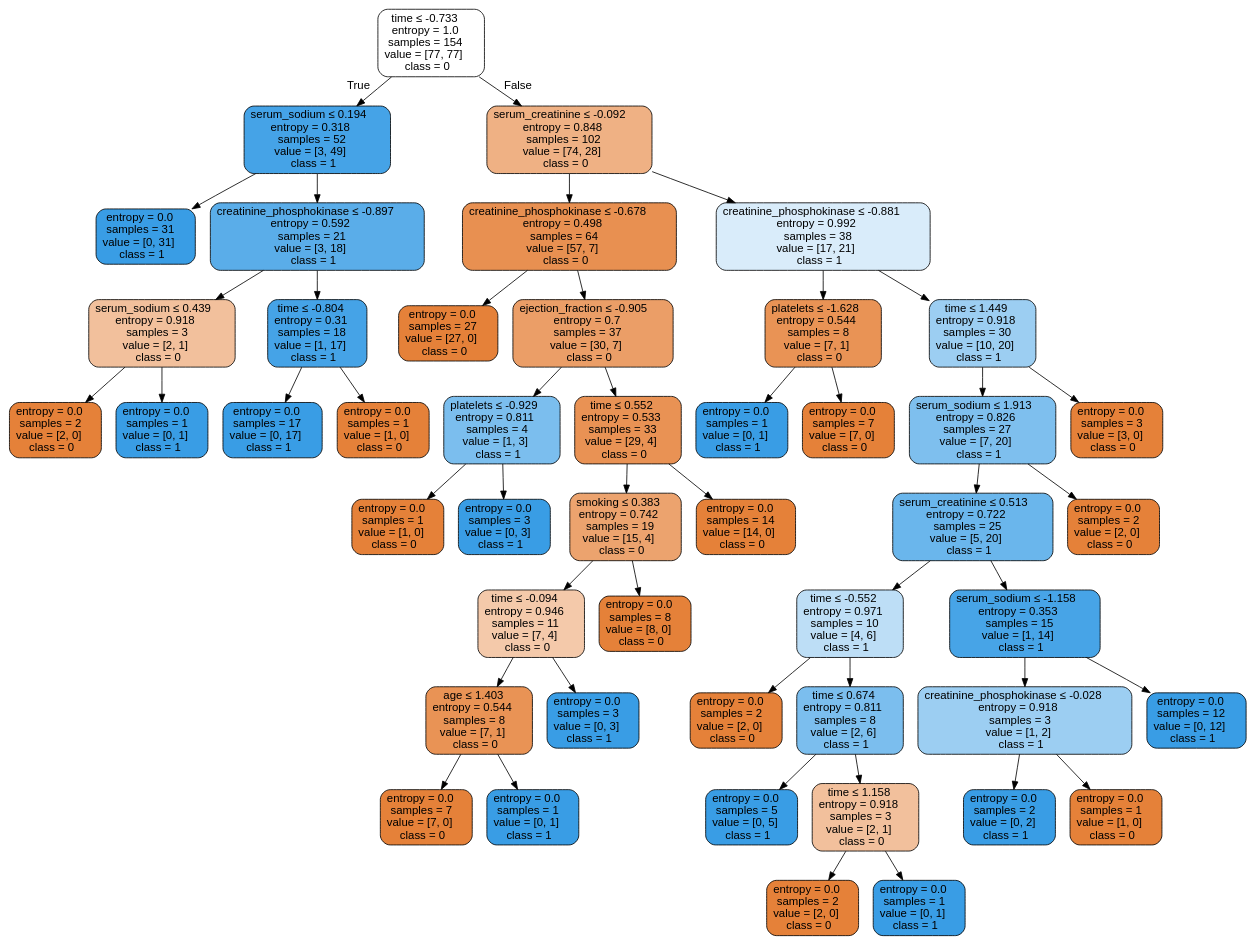
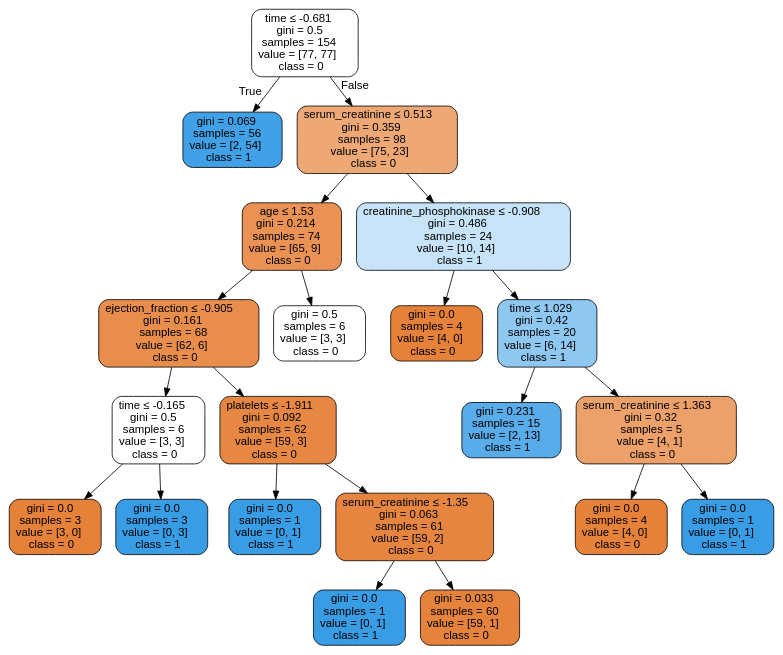
Before and after one commit to isabelSoares/CD-2021: the diagram in Labs/Results/DecisionTrees/UnderSample/HFCR - UnderSample - dtree.dot, drawn with Graphviz. The commit also changed 125 other files, not shown here.

```diff
--- a/Labs/Results/DecisionTrees/UnderSample/HFCR - UnderSample - dtree.dot
+++ b/Labs/Results/DecisionTrees/UnderSample/HFCR - UnderSample - dtree.dot
@@ -1,97 +1,45 @@
 digraph Tree {
 node [shape=box, style="filled, rounded", color="black", fontname=helvetica] ;
 edge [fontname=helvetica] ;
-0 [label=<time &le; -0.733<br/>entropy = 1.0<br/>samples = 154<br/>value = [77, 77]<br/>class = 0>, fillcolor="#ffffff"] ;
-1 [label=<serum_sodium &le; 0.194<br/>entropy = 0.318<br/>samples = 52<br/>value = [3, 49]<br/>class = 1>, fillcolor="#45a3e7"] ;
+0 [label=<time &le; -0.681<br/>gini = 0.5<br/>samples = 154<br/>value = [77, 77]<br/>class = 0>, fillcolor="#ffffff"] ;
+1 [label=<gini = 0.069<br/>samples = 56<br/>value = [2, 54]<br/>class = 1>, fillcolor="#40a1e6"] ;
 0 -> 1 [labeldistance=2.5, labelangle=45, headlabel="True"] ;
-2 [label=<entropy = 0.0<br/>samples = 31<br/>value = [0, 31]<br/>class = 1>, fillcolor="#399de5"] ;
-1 -> 2 ;
-3 [label=<creatinine_phosphokinase &le; -0.897<br/>entropy = 0.592<br/>samples = 21<br/>value = [3, 18]<br/>class = 1>, fillcolor="#5aade9"] ;
-1 -> 3 ;
-4 [label=<serum_sodium &le; 0.439<br/>entropy = 0.918<br/>samples = 3<br/>value = [2, 1]<br/>class = 0>, fillcolor="#f2c09c"] ;
+2 [label=<serum_creatinine &le; 0.513<br/>gini = 0.359<br/>samples = 98<br/>value = [75, 23]<br/>class = 0>, fillcolor="#eda876"] ;
+0 -> 2 [labeldistance=2.5, labelangle=-45, headlabel="False"] ;
+3 [label=<age &le; 1.53<br/>gini = 0.214<br/>samples = 74<br/>value = [65, 9]<br/>class = 0>, fillcolor="#e99254"] ;
+2 -> 3 ;
+4 [label=<ejection_fraction &le; -0.905<br/>gini = 0.161<br/>samples = 68<br/>value = [62, 6]<br/>class = 0>, fillcolor="#e88d4c"] ;
 3 -> 4 ;
-5 [label=<entropy = 0.0<br/>samples = 2<br/>value = [2, 0]<br/>class = 0>, fillcolor="#e58139"] ;
+5 [label=<time &le; -0.165<br/>gini = 0.5<br/>samples = 6<br/>value = [3, 3]<br/>class = 0>, fillcolor="#ffffff"] ;
 4 -> 5 ;
-6 [label=<entropy = 0.0<br/>samples = 1<br/>value = [0, 1]<br/>class = 1>, fillcolor="#399de5"] ;
-4 -> 6 ;
-7 [label=<time &le; -0.804<br/>entropy = 0.31<br/>samples = 18<br/>value = [1, 17]<br/>class = 1>, fillcolor="#45a3e7"] ;
-3 -> 7 ;
-8 [label=<entropy = 0.0<br/>samples = 17<br/>value = [0, 17]<br/>class = 1>, fillcolor="#399de5"] ;
-7 -> 8 ;
-9 [label=<entropy = 0.0<br/>samples = 1<br/>value = [1, 0]<br/>class = 0>, fillcolor="#e58139"] ;
-7 -> 9 ;
-10 [label=<serum_creatinine &le; -0.092<br/>entropy = 0.848<br/>samples = 102<br/>value = [74, 28]<br/>class = 0>, fillcolor="#efb184"] ;
-0 -> 10 [labeldistance=2.5, labelangle=-45, headlabel="False"] ;
-11 [label=<creatinine_phosphokinase &le; -0.678<br/>entropy = 0.498<br/>samples = 64<br/>value = [57, 7]<br/>class = 0>, fillcolor="#e89051"] ;
+6 [label=<gini = 0.0<br/>samples = 3<br/>value = [3, 0]<br/>class = 0>, fillcolor="#e58139"] ;
+5 -> 6 ;
+7 [label=<gini = 0.0<br/>samples = 3<br/>value = [0, 3]<br/>class = 1>, fillcolor="#399de5"] ;
+5 -> 7 ;
+8 [label=<platelets &le; -1.911<br/>gini = 0.092<br/>samples = 62<br/>value = [59, 3]<br/>class = 0>, fillcolor="#e68743"] ;
+4 -> 8 ;
+9 [label=<gini = 0.0<br/>samples = 1<br/>value = [0, 1]<br/>class = 1>, fillcolor="#399de5"] ;
+8 -> 9 ;
+10 [label=<serum_creatinine &le; -1.35<br/>gini = 0.063<br/>samples = 61<br/>value = [59, 2]<br/>class = 0>, fillcolor="#e68540"] ;
+8 -> 10 ;
+11 [label=<gini = 0.0<br/>samples = 1<br/>value = [0, 1]<br/>class = 1>, fillcolor="#399de5"] ;
 10 -> 11 ;
-12 [label=<entropy = 0.0<br/>samples = 27<br/>value = [27, 0]<br/>class = 0>, fillcolor="#e58139"] ;
-11 -> 12 ;
-13 [label=<ejection_fraction &le; -0.905<br/>entropy = 0.7<br/>samples = 37<br/>value = [30, 7]<br/>class = 0>, fillcolor="#eb9e67"] ;
-11 -> 13 ;
-14 [label=<platelets &le; -0.929<br/>entropy = 0.811<br/>samples = 4<br/>value = [1, 3]<br/>class = 1>, fillcolor="#7bbeee"] ;
-13 -> 14 ;
-15 [label=<entropy = 0.0<br/>samples = 1<br/>value = [1, 0]<br/>class = 0>, fillcolor="#e58139"] ;
+12 [label=<gini = 0.033<br/>samples = 60<br/>value = [59, 1]<br/>class = 0>, fillcolor="#e5833c"] ;
+10 -> 12 ;
+13 [label=<gini = 0.5<br/>samples = 6<br/>value = [3, 3]<br/>class = 0>, fillcolor="#ffffff"] ;
+3 -> 13 ;
+14 [label=<creatinine_phosphokinase &le; -0.908<br/>gini = 0.486<br/>samples = 24<br/>value = [10, 14]<br/>class = 1>, fillcolor="#c6e3f8"] ;
+2 -> 14 ;
+15 [label=<gini = 0.0<br/>samples = 4<br/>value = [4, 0]<br/>class = 0>, fillcolor="#e58139"] ;
 14 -> 15 ;
-16 [label=<entropy = 0.0<br/>samples = 3<br/>value = [0, 3]<br/>class = 1>, fillcolor="#399de5"] ;
+16 [label=<time &le; 1.029<br/>gini = 0.42<br/>samples = 20<br/>value = [6, 14]<br/>class = 1>, fillcolor="#8ec7f0"] ;
 14 -> 16 ;
-17 [label=<time &le; 0.552<br/>entropy = 0.533<br/>samples = 33<br/>value = [29, 4]<br/>class = 0>, fillcolor="#e99254"] ;
-13 -> 17 ;
-18 [label=<smoking &le; 0.383<br/>entropy = 0.742<br/>samples = 19<br/>value = [15, 4]<br/>class = 0>, fillcolor="#eca36e"] ;
-17 -> 18 ;
-19 [label=<time &le; -0.094<br/>entropy = 0.946<br/>samples = 11<br/>value = [7, 4]<br/>class = 0>, fillcolor="#f4c9aa"] ;
+17 [label=<gini = 0.231<br/>samples = 15<br/>value = [2, 13]<br/>class = 1>, fillcolor="#57ace9"] ;
+16 -> 17 ;
+18 [label=<serum_creatinine &le; 1.363<br/>gini = 0.32<br/>samples = 5<br/>value = [4, 1]<br/>class = 0>, fillcolor="#eca06a"] ;
+16 -> 18 ;
+19 [label=<gini = 0.0<br/>samples = 4<br/>value = [4, 0]<br/>class = 0>, fillcolor="#e58139"] ;
 18 -> 19 ;
-20 [label=<age &le; 1.403<br/>entropy = 0.544<br/>samples = 8<br/>value = [7, 1]<br/>class = 0>, fillcolor="#e99355"] ;
-19 -> 20 ;
-21 [label=<entropy = 0.0<br/>samples = 7<br/>value = [7, 0]<br/>class = 0>, fillcolor="#e58139"] ;
-20 -> 21 ;
-22 [label=<entropy = 0.0<br/>samples = 1<br/>value = [0, 1]<br/>class = 1>, fillcolor="#399de5"] ;
-20 -> 22 ;
-23 [label=<entropy = 0.0<br/>samples = 3<br/>value = [0, 3]<br/>class = 1>, fillcolor="#399de5"] ;
-19 -> 23 ;
-24 [label=<entropy = 0.0<br/>samples = 8<br/>value = [8, 0]<br/>class = 0>, fillcolor="#e58139"] ;
-18 -> 24 ;
-25 [label=<entropy = 0.0<br/>samples = 14<br/>value = [14, 0]<br/>class = 0>, fillcolor="#e58139"] ;
-17 -> 25 ;
-26 [label=<creatinine_phosphokinase &le; -0.881<br/>entropy = 0.992<br/>samples = 38<br/>value = [17, 21]<br/>class = 1>, fillcolor="#d9ecfa"] ;
-10 -> 26 ;
-27 [label=<platelets &le; -1.628<br/>entropy = 0.544<br/>samples = 8<br/>value = [7, 1]<br/>class = 0>, fillcolor="#e99355"] ;
-26 -> 27 ;
-28 [label=<entropy = 0.0<br/>samples = 1<br/>value = [0, 1]<br/>class = 1>, fillcolor="#399de5"] ;
-27 -> 28 ;
-29 [label=<entropy = 0.0<br/>samples = 7<br/>value = [7, 0]<br/>class = 0>, fillcolor="#e58139"] ;
-27 -> 29 ;
-30 [label=<time &le; 1.449<br/>entropy = 0.918<br/>samples = 30<br/>value = [10, 20]<br/>class = 1>, fillcolor="#9ccef2"] ;
-26 -> 30 ;
-31 [label=<serum_sodium &le; 1.913<br/>entropy = 0.826<br/>samples = 27<br/>value = [7, 20]<br/>class = 1>, fillcolor="#7ebfee"] ;
-30 -> 31 ;
-32 [label=<serum_creatinine &le; 0.513<br/>entropy = 0.722<br/>samples = 25<br/>value = [5, 20]<br/>class = 1>, fillcolor="#6ab6ec"] ;
-31 -> 32 ;
-33 [label=<time &le; -0.552<br/>entropy = 0.971<br/>samples = 10<br/>value = [4, 6]<br/>class = 1>, fillcolor="#bddef6"] ;
-32 -> 33 ;
-34 [label=<entropy = 0.0<br/>samples = 2<br/>value = [2, 0]<br/>class = 0>, fillcolor="#e58139"] ;
-33 -> 34 ;
-35 [label=<time &le; 0.674<br/>entropy = 0.811<br/>samples = 8<br/>value = [2, 6]<br/>class = 1>, fillcolor="#7bbeee"] ;
-33 -> 35 ;
-36 [label=<entropy = 0.0<br/>samples = 5<br/>value = [0, 5]<br/>class = 1>, fillcolor="#399de5"] ;
-35 -> 36 ;
-37 [label=<time &le; 1.158<br/>entropy = 0.918<br/>samples = 3<br/>value = [2, 1]<br/>class = 0>, fillcolor="#f2c09c"] ;
-35 -> 37 ;
-38 [label=<entropy = 0.0<br/>samples = 2<br/>value = [2, 0]<br/>class = 0>, fillcolor="#e58139"] ;
-37 -> 38 ;
-39 [label=<entropy = 0.0<br/>samples = 1<br/>value = [0, 1]<br/>class = 1>, fillcolor="#399de5"] ;
-37 -> 39 ;
-40 [label=<serum_sodium &le; -1.158<br/>entropy = 0.353<br/>samples = 15<br/>value = [1, 14]<br/>class = 1>, fillcolor="#47a4e7"] ;
-32 -> 40 ;
-41 [label=<creatinine_phosphokinase &le; -0.028<br/>entropy = 0.918<br/>samples = 3<br/>value = [1, 2]<br/>class = 1>, fillcolor="#9ccef2"] ;
-40 -> 41 ;
-42 [label=<entropy = 0.0<br/>samples = 2<br/>value = [0, 2]<br/>class = 1>, fillcolor="#399de5"] ;
-41 -> 42 ;
-43 [label=<entropy = 0.0<br/>samples = 1<br/>value = [1, 0]<br/>class = 0>, fillcolor="#e58139"] ;
-41 -> 43 ;
-44 [label=<entropy = 0.0<br/>samples = 12<br/>value = [0, 12]<br/>class = 1>, fillcolor="#399de5"] ;
-40 -> 44 ;
-45 [label=<entropy = 0.0<br/>samples = 2<br/>value = [2, 0]<br/>class = 0>, fillcolor="#e58139"] ;
-31 -> 45 ;
-46 [label=<entropy = 0.0<br/>samples = 3<br/>value = [3, 0]<br/>class = 0>, fillcolor="#e58139"] ;
-30 -> 46 ;
+20 [label=<gini = 0.0<br/>samples = 1<br/>value = [0, 1]<br/>class = 1>, fillcolor="#399de5"] ;
+18 -> 20 ;
 }
```
